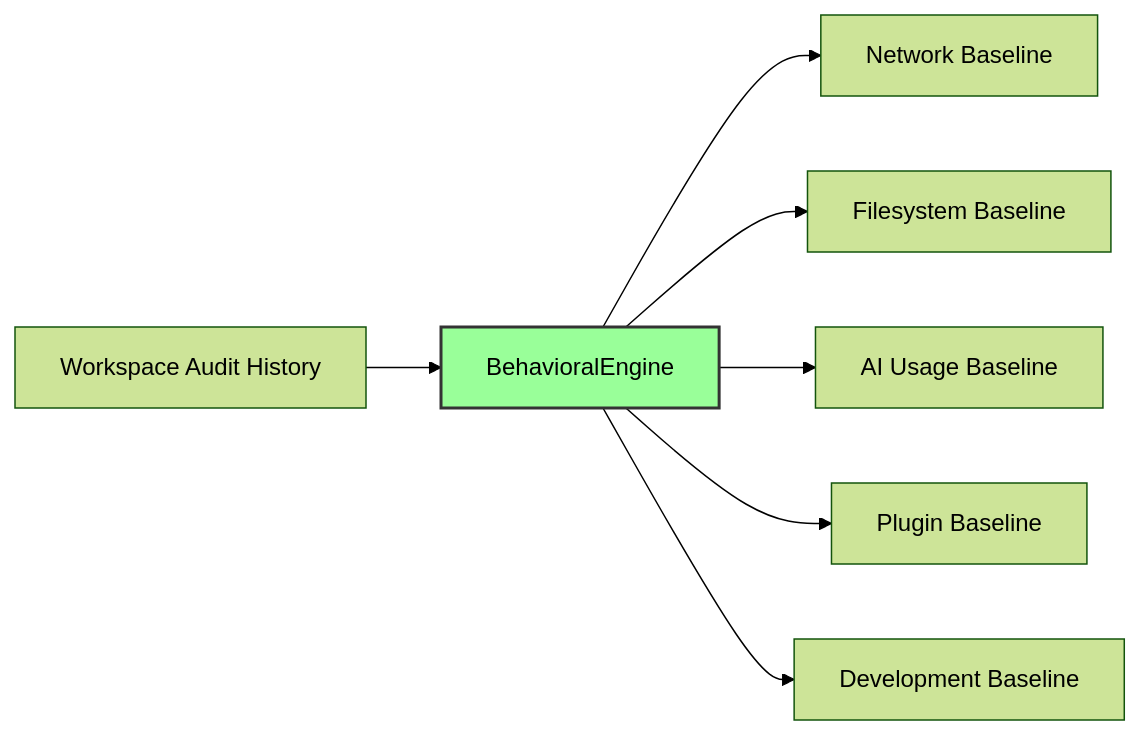
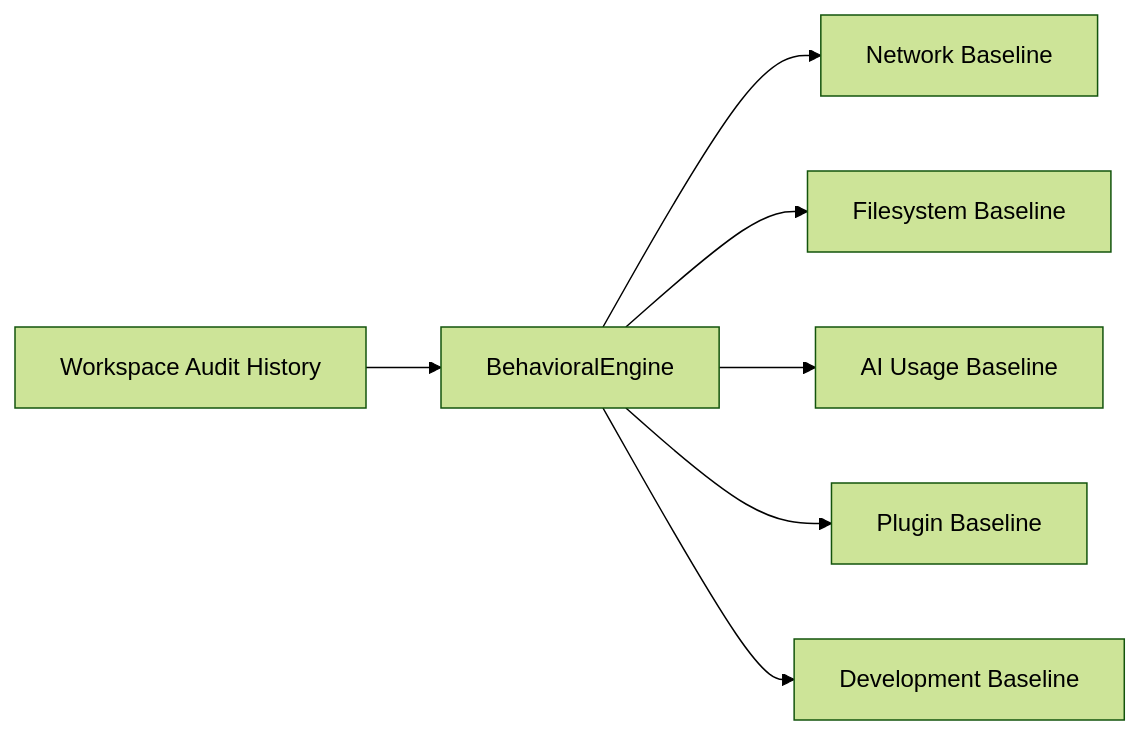
The diagram in docs/security/dynamic-security.md (EldrexDelosReyesBula/DevDiff), drawn with Mermaid (forest theme) before and after one commit. The commit also changed other lines of this file and 187 other files, not shown here.

First line of the commit message:
release: v1.8.0 — multi-registry distribution, plugin architecture & documentation overhaul

````diff
--- a/docs/security/dynamic-security.md
+++ b/docs/security/dynamic-security.md
@@ -31,11 +31,9 @@
 ```mermaid
 flowchart LR
     History[Workspace Audit History] --> Engine[BehavioralEngine]
     Engine --> Net[Network Baseline]
     Engine --> FS[Filesystem Baseline]
     Engine --> AI[AI Usage Baseline]
     Engine --> Plug[Plugin Baseline]
     Engine --> Dev[Development Baseline]
-
-    style Engine fill:#9f9,stroke:#333,stroke-width:2px
 ```
````
